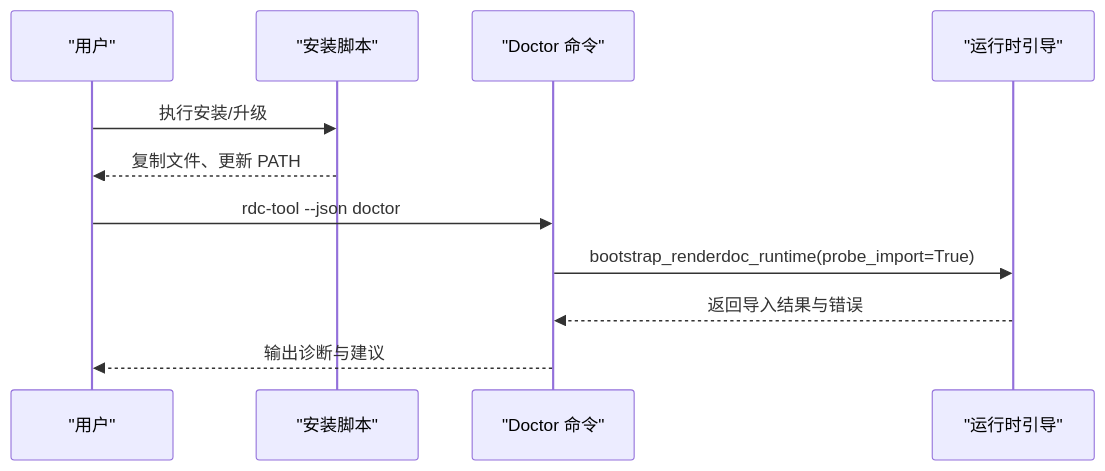
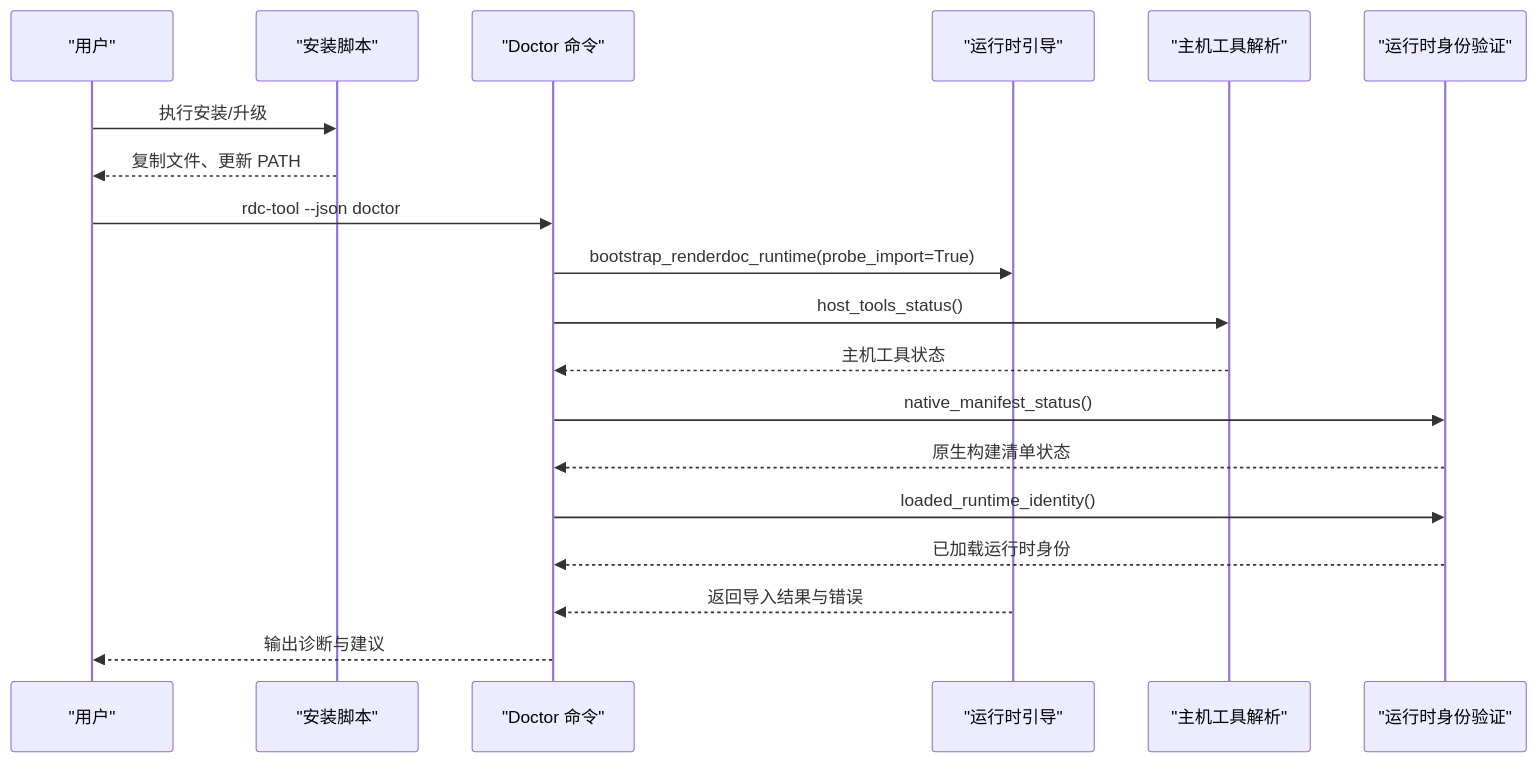
Before and after one commit to haolange/RDC-Tool: the fifth of 6 diagrams in .qoder/repowiki/zh/content/运行时管理/依赖检查系统.md, drawn with Mermaid. The commit also changed other lines of this file and 67 other files, not shown here.

````diff
--- a/.qoder/repowiki/zh/content/运行时管理/依赖检查系统.md
+++ b/.qoder/repowiki/zh/content/运行时管理/依赖检查系统.md
@@ -207,13 +282,21 @@
 ```mermaid
 sequenceDiagram
 participant User as "用户"
 participant Install as "安装脚本"
 participant Doctor as "Doctor 命令"
 participant Boot as "运行时引导"
+participant HT as "主机工具解析"
+participant RI as "运行时身份验证"
 User->>Install : 执行安装/升级
 Install-->>User : 复制文件、更新 PATH
 User->>Doctor : rdc-tool --json doctor
 Doctor->>Boot : bootstrap_renderdoc_runtime(probe_import=True)
+Doctor->>HT : host_tools_status()
+HT-->>Doctor : 主机工具状态
+Doctor->>RI : native_manifest_status()
+RI-->>Doctor : 原生构建清单状态
+Doctor->>RI : loaded_runtime_identity()
+RI-->>Doctor : 已加载运行时身份
 Boot-->>Doctor : 返回导入结果与错误
 Doctor-->>User : 输出诊断与建议
 ```
````
